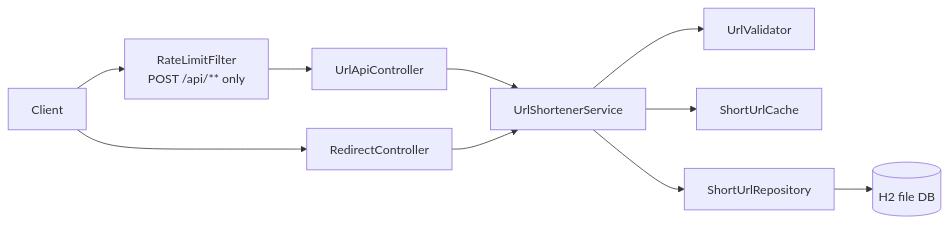
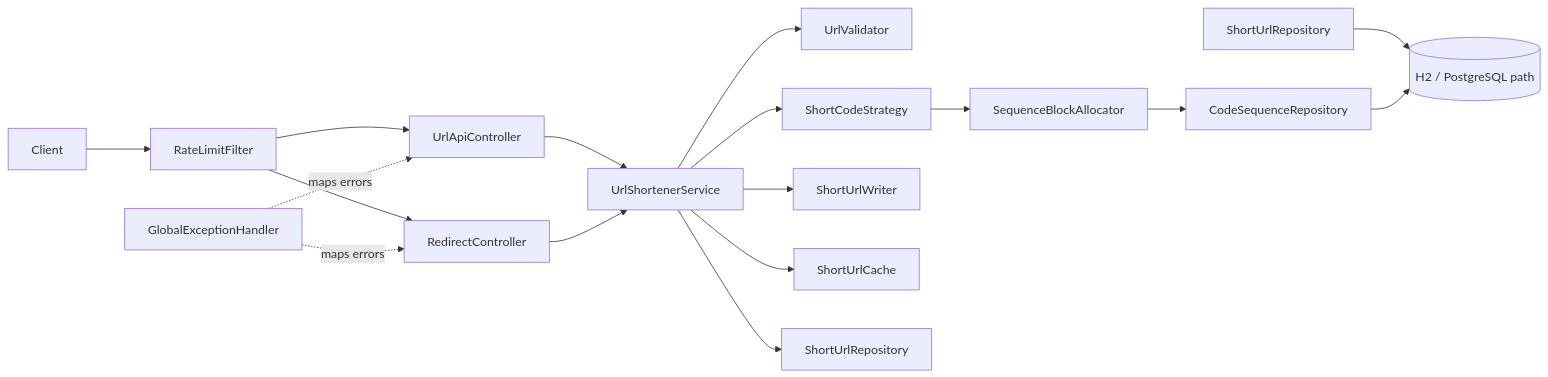
The diagram in README.md (madhuri833/urlshortener), drawn with Mermaid before and after one commit. The commit also changed other lines of this file and 52 other files, not shown here.

Commit message:
url shortener

````diff
--- a/README.md
+++ b/README.md
@@ -21,12 +35,19 @@
 ```mermaid
 flowchart LR
-  C[Client] --> F[RateLimitFilter\nPOST /api/** only]
-  F --> API[UrlApiController]
-  C --> R[RedirectController]
-  API --> S[UrlShortenerService]
-  R --> S
-  S --> V[UrlValidator]
-  S --> LRU[ShortUrlCache]
-  S --> JPA[ShortUrlRepository]
-  JPA --> DB[(H2 file DB)]
+    Client --> RateLimitFilter
+    RateLimitFilter --> UrlApiController
+    RateLimitFilter --> RedirectController
+    UrlApiController --> UrlShortenerService
+    RedirectController --> UrlShortenerService
+    UrlShortenerService --> UrlValidator
+    UrlShortenerService --> ShortCodeStrategy
+    ShortCodeStrategy --> SequenceBlockAllocator
+    UrlShortenerService --> ShortUrlWriter
+    UrlShortenerService --> ShortUrlCache
+    UrlShortenerService --> ShortUrlRepository
+    SequenceBlockAllocator --> CodeSequenceRepository
+    UrlShortUrlRepository[ShortUrlRepository] --> DB[(H2 / PostgreSQL path)]
+    CodeSequenceRepository --> DB
+    GlobalExceptionHandler -. maps errors .-> UrlApiController
+    GlobalExceptionHandler -. maps errors .-> RedirectController
 ```
````
